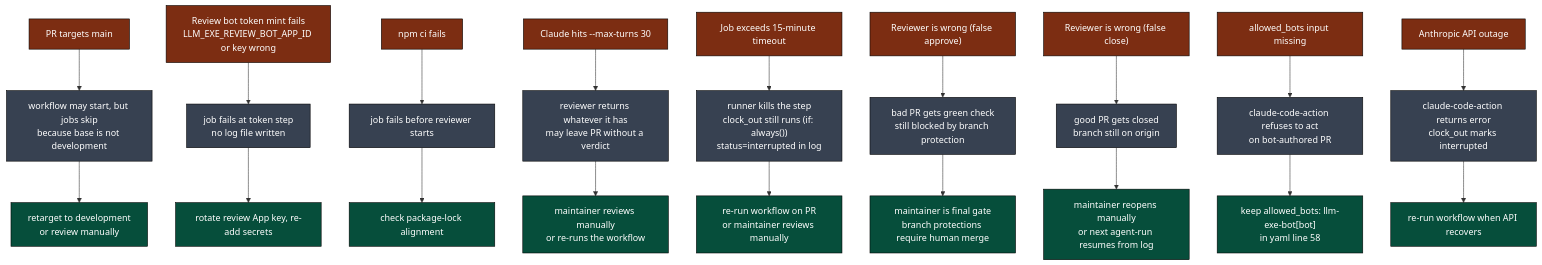
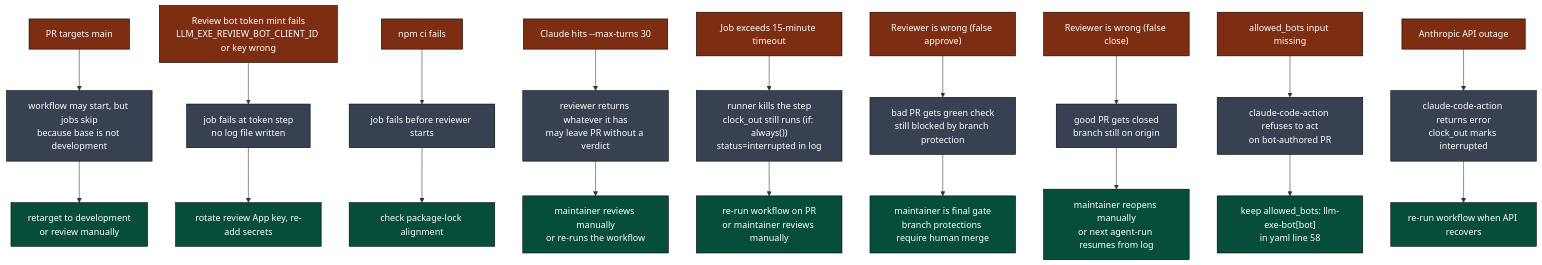
Diagram 11 of 12 in .github/docs/AGENT_REVIEW_PR_DEEP_DIVE.md (llm-exe/llm-exe), drawn with Mermaid before and after one commit. The commit also changed other lines of this file and 13 other files, not shown here.

Commit message:
fix: update references from APP_ID to APP_CLIENT_ID in documentation

````diff
--- a/.github/docs/AGENT_REVIEW_PR_DEEP_DIVE.md
+++ b/.github/docs/AGENT_REVIEW_PR_DEEP_DIVE.md
@@ -535,50 +535,50 @@
 ```mermaid
 flowchart TB
     classDef fail fill:#7c2d12,color:#fff,stroke:#000
     classDef effect fill:#374151,color:#fff,stroke:#000
     classDef fix fill:#064e3b,color:#fff,stroke:#000
 
     F1["PR targets main"]:::fail
     F1 --> F1E["workflow may start, but jobs skip\nbecause base is not development"]:::effect
     F1E --> F1X["retarget to development\nor review manually"]:::fix
 
-    F2["Review bot token mint fails\nLLM_EXE_REVIEW_BOT_APP_ID or key wrong"]:::fail
+    F2["Review bot token mint fails\nLLM_EXE_REVIEW_BOT_CLIENT_ID or key wrong"]:::fail
     F2 --> F2E["job fails at token step\nno log file written"]:::effect
     F2X["rotate review App key, re-add secrets"]:::fix
     F2E --> F2X
 
     F3["npm ci fails"]:::fail
     F3 --> F3E["job fails before reviewer starts"]:::effect
     F3X["check package-lock alignment"]:::fix
     F3E --> F3X
 
     F4["Claude hits --max-turns 30"]:::fail
     F4 --> F4E["reviewer returns whatever it has\nmay leave PR without a verdict"]:::effect
     F4X["maintainer reviews manually\nor re-runs the workflow"]:::fix
     F4E --> F4X
 
     F5["Job exceeds 15-minute timeout"]:::fail
     F5 --> F5E["runner kills the step\nclock_out still runs (if: always())\nstatus=interrupted in log"]:::effect
     F5X["re-run workflow on PR\nor maintainer reviews manually"]:::fix
     F5E --> F5X
 
     F6["Reviewer is wrong (false approve)"]:::fail
     F6 --> F6E["bad PR gets green check\nstill blocked by branch protection"]:::effect
     F6X["maintainer is final gate\nbranch protections require human merge"]:::fix
     F6E --> F6X
 
     F7["Reviewer is wrong (false close)"]:::fail
     F7 --> F7E["good PR gets closed\nbranch still on origin"]:::effect
     F7X["maintainer reopens manually\nor next agent-run resumes from log"]:::fix
     F7E --> F7X
 
     F8["allowed_bots input missing"]:::fail
     F8 --> F8E["claude-code-action refuses to act\non bot-authored PR"]:::effect
     F8X["keep allowed_bots: llm-exe-bot[bot]\nin yaml line 58"]:::fix
     F8E --> F8X
 
     F9["Anthropic API outage"]:::fail
     F9 --> F9E["claude-code-action returns error\nclock_out marks interrupted"]:::effect
     F9X["re-run workflow when API recovers"]:::fix
     F9E --> F9X
 ```
````
